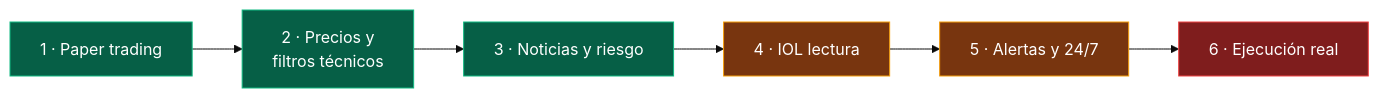
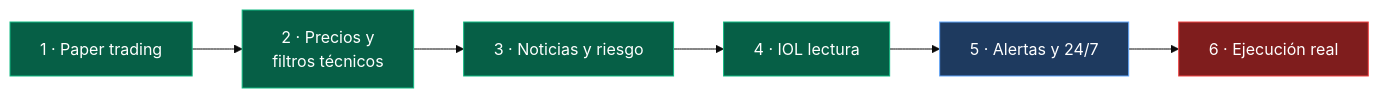
The fifth of 5 diagrams in README.md (ulisao/simuladorinversiones), drawn with Mermaid (base theme) before and after one commit. The commit also changed other lines of this file and 47 other files, not shown here.

````diff
--- a/README.md
+++ b/README.md
@@ -255,12 +373,14 @@
 ```mermaid
 flowchart LR
     E1["1 · Paper trading"]:::hecho --> E2["2 · Precios y<br/>filtros técnicos"]:::hecho
     E2 --> E3["3 · Noticias y riesgo"]:::hecho
-    E3 --> E4["4 · IOL lectura"]:::bloq
-    E4 --> E5["5 · Alertas y 24/7"]:::bloq
+    E3 --> E4["4 · IOL lectura"]:::hecho
+    E4 --> E5["5 · Alertas y 24/7"]:::parcial
     E5 --> E6["6 · Ejecución real"]:::stop
 
     classDef hecho fill:#065f46,stroke:#10b981,color:#fff
     classDef bloq fill:#78350f,stroke:#f59e0b,color:#fff
+    classDef parcial fill:#1e3a5f,stroke:#60a5fa,color:#fff
+    classDef listo fill:#3f3f46,stroke:#a1a1aa,color:#fff
     classDef stop fill:#7f1d1d,stroke:#ef4444,color:#fff
 ```
````
